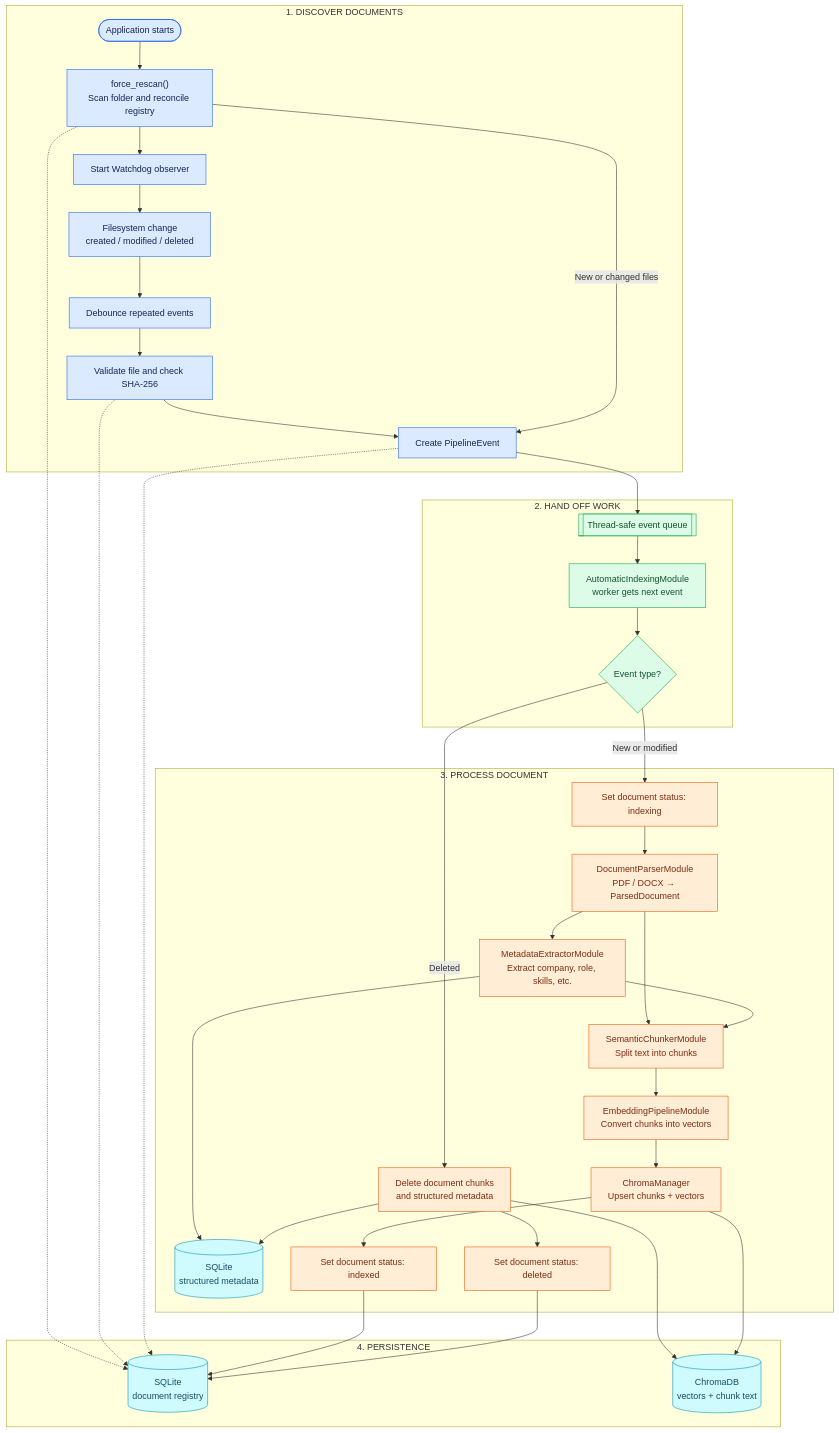
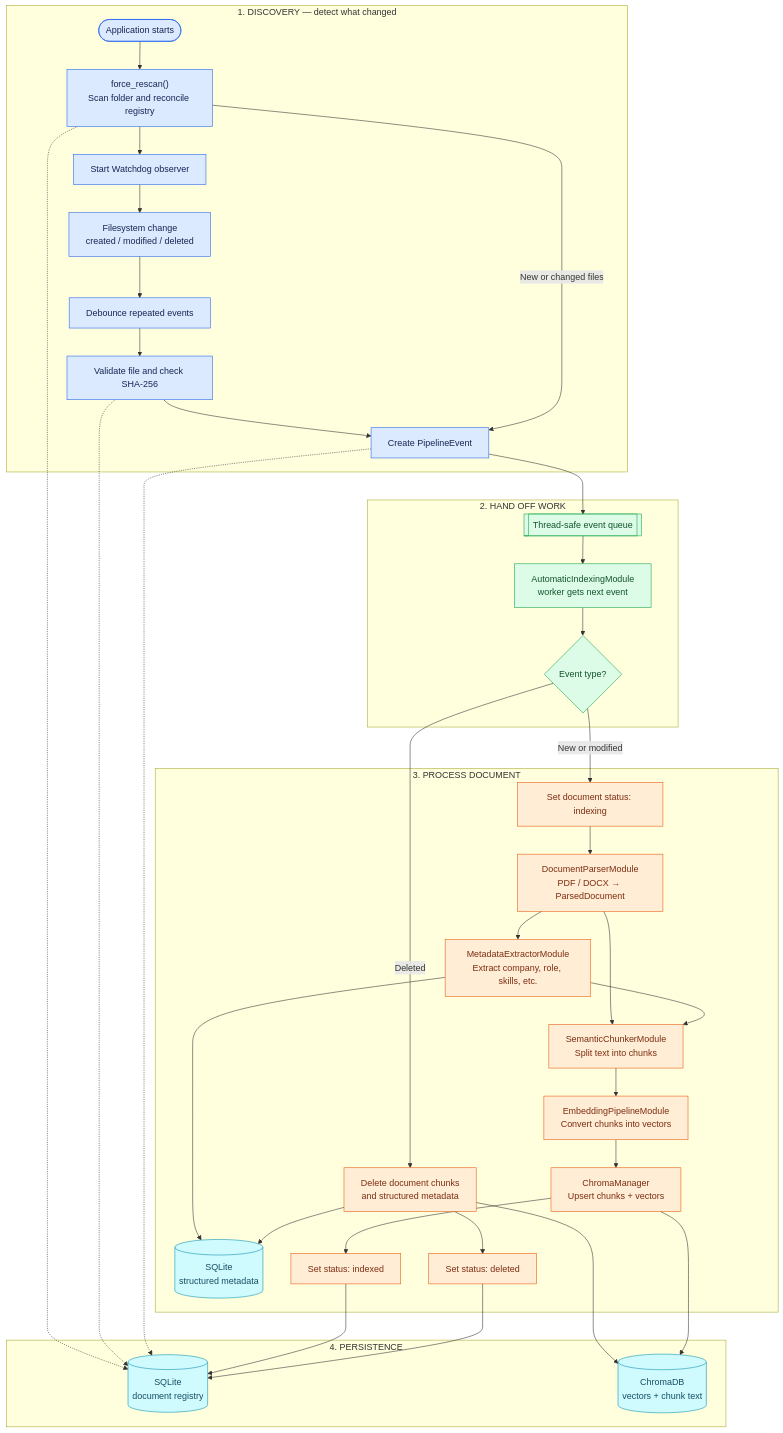
One commit to pratik-0302/job_description_agent changed the sixth of 15 diagrams in README.md. Above: the diagram before and after it, drawn with Mermaid. The commit also changed other lines of this file, not shown here.

Commit message:
docs: standardize README diagrams with staged architecture flows

````diff
--- a/README.md
+++ b/README.md
@@ -475,57 +572,57 @@
 ```mermaid
 flowchart TB
-    subgraph DISCOVERY["1. DISCOVER DOCUMENTS"]
+    subgraph DISCOVERY["1. DISCOVERY — detect what changed"]
         START(["Application starts"]) --> SCAN["force_rescan()<br/>Scan folder and reconcile registry"]
         SCAN --> WATCH["Start Watchdog observer"]
         WATCH --> FS["Filesystem change<br/>created / modified / deleted"]
         FS --> DEBOUNCE["Debounce repeated events"]
         DEBOUNCE --> CHECK["Validate file and check SHA-256"]
         CHECK --> EVENT["Create PipelineEvent"]
         SCAN -->|New or changed files| EVENT
     end
 
     subgraph QUEUE["2. HAND OFF WORK"]
         EVENT --> Q[["Thread-safe event queue"]]
         Q --> WORKER["AutomaticIndexingModule<br/>worker gets next event"]
         WORKER --> TYPE{"Event type?"}
     end
 
     subgraph PROCESS["3. PROCESS DOCUMENT"]
         TYPE -->|New or modified| STATUS["Set document status: indexing"]
         STATUS --> PARSE["DocumentParserModule<br/>PDF / DOCX → ParsedDocument"]
         PARSE --> META["MetadataExtractorModule<br/>Extract company, role, skills, etc."]
         PARSE --> CHUNK["SemanticChunkerModule<br/>Split text into chunks"]
         META --> SQLMETA[("SQLite<br/>structured metadata")]
         META --> CHUNK
         CHUNK --> EMBED["EmbeddingPipelineModule<br/>Convert chunks into vectors"]
         EMBED --> UPSERT["ChromaManager<br/>Upsert chunks + vectors"]
-        UPSERT --> DONE["Set document status: indexed"]
+        UPSERT --> DONE["Set status: indexed"]
         TYPE -->|Deleted| CLEAN["Delete document chunks<br/>and structured metadata"]
-        CLEAN --> DELETED["Set document status: deleted"]
+        CLEAN --> DELETED["Set status: deleted"]
     end
 
     subgraph STORAGE["4. PERSISTENCE"]
         REG[("SQLite<br/>document registry")]
         SQLMETA
         VDB[("ChromaDB<br/>vectors + chunk text")]
     end
 
     SCAN -.-> REG
     CHECK -.-> REG
     EVENT -.-> REG
     CLEAN --> VDB
     CLEAN --> SQLMETA
     UPSERT --> VDB
     DONE --> REG
     DELETED --> REG
 
     classDef discovery fill:#dbeafe,stroke:#2563eb,color:#172554
     classDef queue fill:#dcfce7,stroke:#16a34a,color:#14532d
     classDef worker fill:#ede9fe,stroke:#7c3aed,color:#3b0764
     classDef processing fill:#ffedd5,stroke:#ea580c,color:#7c2d12
     classDef storage fill:#cffafe,stroke:#0891b2,color:#164e63
     class START,SCAN,WATCH,FS,DEBOUNCE,CHECK,EVENT discovery
     class Q,WORKER,TYPE queue
     class STATUS,PARSE,META,CHUNK,EMBED,UPSERT,DONE,CLEAN,DELETED processing
     class REG,SQLMETA,VDB storage
 ```
````
